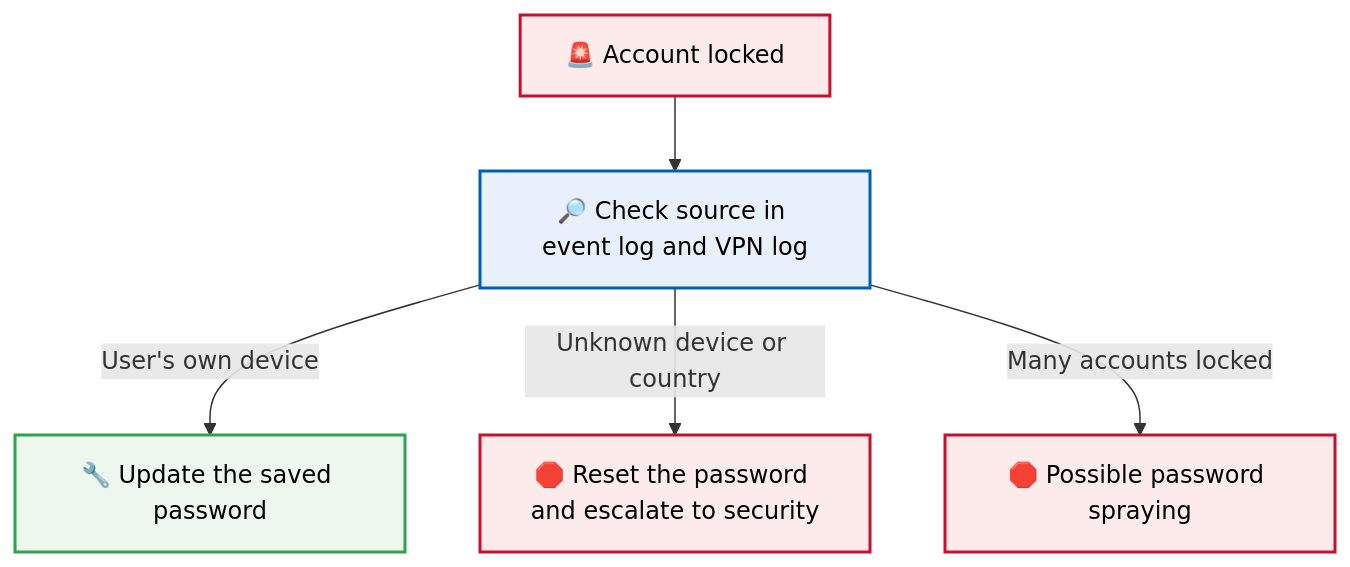
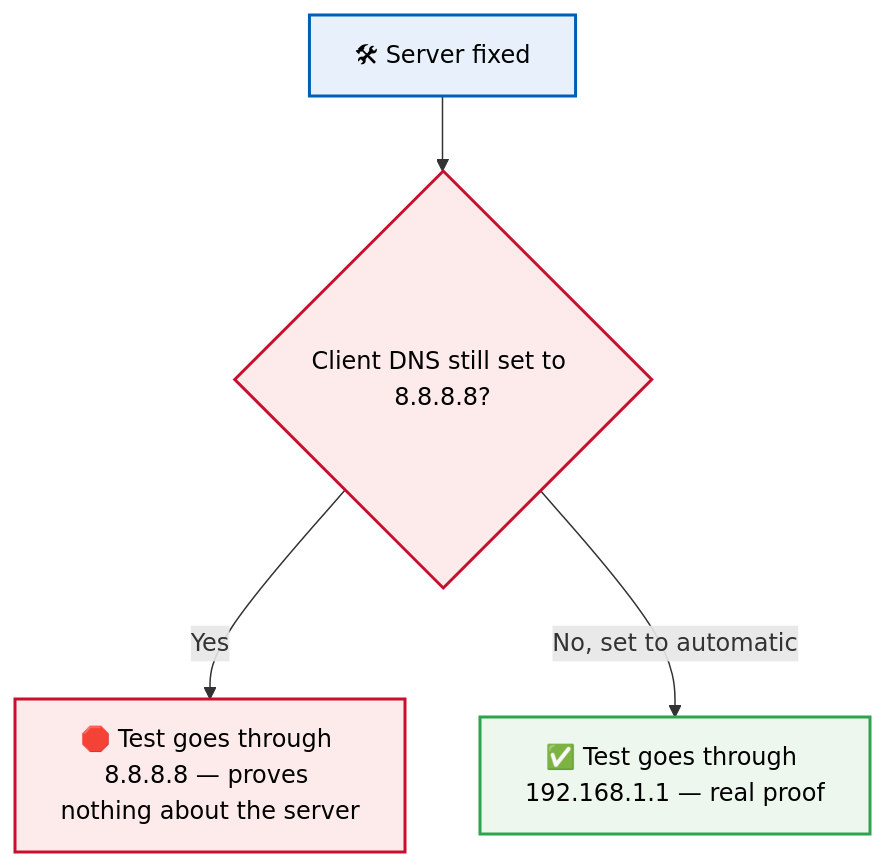
Before and after one commit to malaika-azhar/Customer-Tech-Support-Portfolio: the third of 5 diagrams in 02-ticket-simulations/02.1-DNS-Ticket.md, drawn with Mermaid. The commit also changed other lines of this file, not shown here.

````diff
--- a/02-ticket-simulations/02.1-DNS-Ticket.md
+++ b/02-ticket-simulations/02.1-DNS-Ticket.md
@@ -266,11 +341,10 @@
 ```mermaid
 flowchart TD
-    A["🚨 Account locked"]:::alert --> B["🔎 Check source in event log and VPN log"]:::work
-    B -->|User's own device| C["🔧 Update the saved password"]:::done
-    B -->|Unknown device or country| D["🛑 Reset the password and escalate to security"]:::alert
-    B -->|Many accounts locked| E["🛑 Possible password spraying"]:::alert
+    A["🛠 Server fixed"]:::work --> B{"Client DNS still set to 8.8.8.8?"}:::alert
+    B -->|Yes| C["🛑 Test goes through 8.8.8.8 — proves nothing about the server"]:::alert
+    B -->|No, set to automatic| D["✅ Test goes through 192.168.1.1 — real proof"]:::done
 
     classDef alert fill:#fdeaea,stroke:#C8102E,stroke-width:2px,color:#000
     classDef work fill:#e8f1fb,stroke:#005EB8,stroke-width:2px,color:#000
     classDef done fill:#eef7ee,stroke:#2ea44f,stroke-width:2px,color:#000
 ```
````
